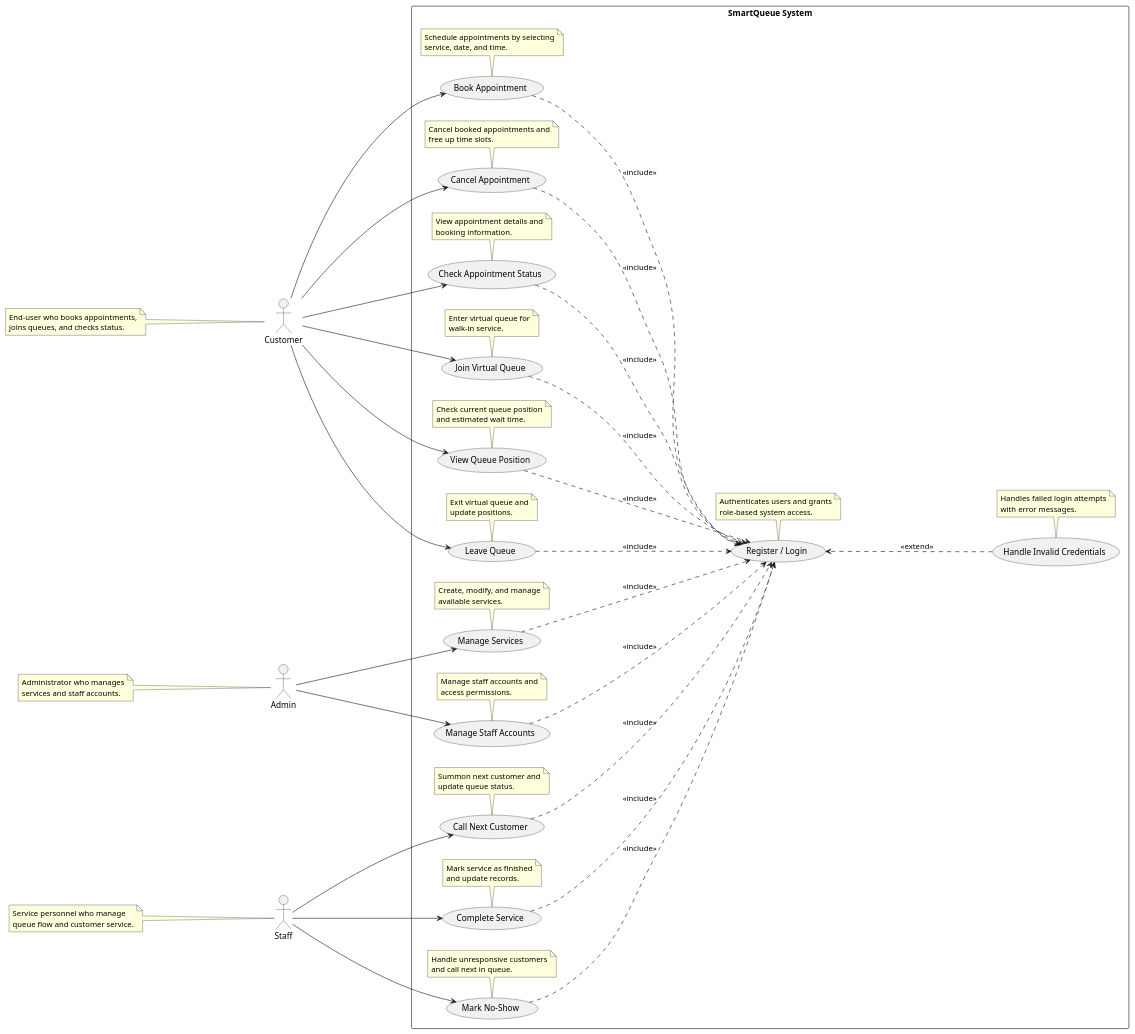
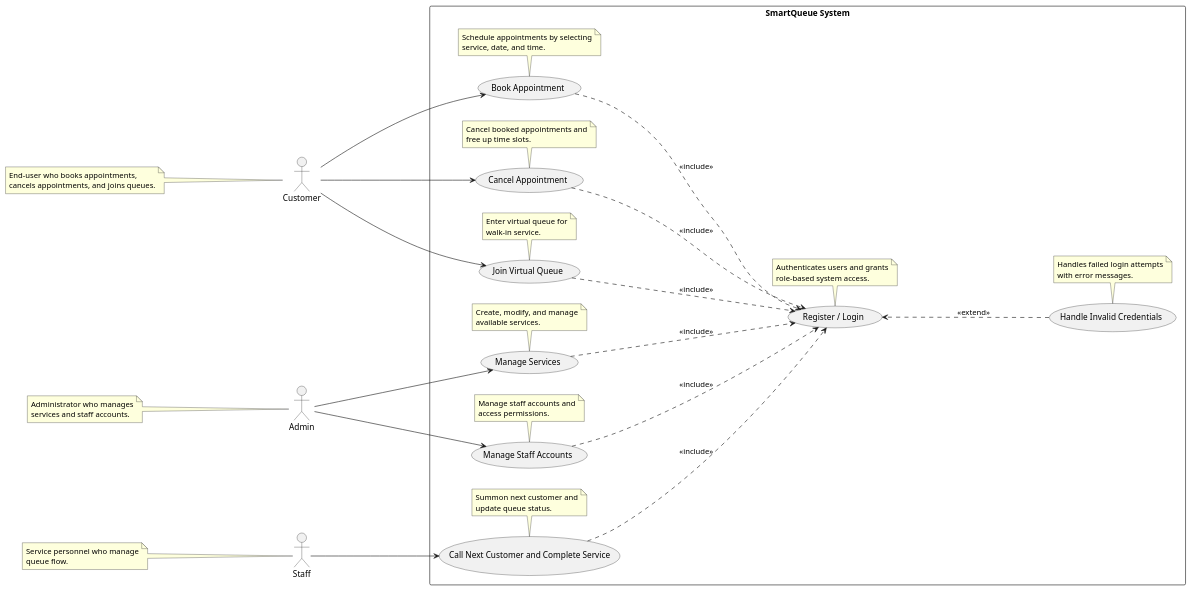
One commit to AvishKaushik/CSCI_6234_Spring_2026_G06 changed the diagram in Requirements/Use Case/UseCaseDiagram.puml. Above: the diagram before and after it, drawn with PlantUML. The commit also changed 32 other files, not shown here.

Commit message:
Adding Robustness diagram

```diff
--- a/Requirements/Use Case/UseCaseDiagram.puml
+++ b/Requirements/Use Case/UseCaseDiagram.puml
@@ -1,143 +1,103 @@
 @startuml
 left to right direction
 skinparam packageStyle rectangle
 skinparam ranksep 200
 
 actor Customer
 actor Admin  
 actor Staff
 
 rectangle "SmartQueue System" {
   (Register / Login) as UC_Login
   (Handle Invalid Credentials) as UC_Invalid
   
   UC_Login -[hidden]right-> UC_Invalid
   
   note bottom of UC_Login
     Authenticates users and grants
     role-based system access.
   end note
   
   note bottom of UC_Invalid
     Handles failed login attempts
     with error messages.
   end note
   
   ' --- Customer Use Cases ---
   (Book Appointment) as UC_Book
   note bottom of UC_Book
     Schedule appointments by selecting
     service, date, and time.
   end note
   
   (Cancel Appointment) as UC_Cancel
   note bottom of UC_Cancel
     Cancel booked appointments and
     free up time slots.
   end note
   
-  (Check Appointment Status) as UC_CheckAppt
-  note bottom of UC_CheckAppt
-    View appointment details and
-    booking information.
-  end note
-  
   (Join Virtual Queue) as UC_JoinQueue
   note bottom of UC_JoinQueue
     Enter virtual queue for
     walk-in service.
   end note
   
-  (View Queue Position) as UC_ViewPos
-  note bottom of UC_ViewPos
-    Check current queue position
-    and estimated wait time.
-  end note
-  
-  (Leave Queue) as UC_LeaveQueue
-  note bottom of UC_LeaveQueue
-    Exit virtual queue and
-    update positions.
-  end note
-  
   ' --- Staff Use Cases ---
-  (Call Next Customer) as UC_CallNext
+  (Call Next Customer and Complete Service) as UC_CallNext
   note bottom of UC_CallNext
     Summon next customer and
     update queue status.
-  end note
-  
-  (Complete Service) as UC_CompleteService
-  note bottom of UC_CompleteService
-    Mark service as finished
-    and update records.
-  end note
-  
-  (Mark No-Show) as UC_NoShow
-  note bottom of UC_NoShow
-    Handle unresponsive customers
-    and call next in queue.
   end note
   
   ' --- Admin Use Cases ---
   (Manage Services) as UC_ManageServices
   note bottom of UC_ManageServices
     Create, modify, and manage
     available services.
   end note
   
   (Manage Staff Accounts) as UC_ManageStaff
   note bottom of UC_ManageStaff
     Manage staff accounts and
     access permissions.
   end note
 }
 
 ' --- Actor Connections ---
 Customer --> UC_Book
 Customer --> UC_Cancel
-Customer --> UC_CheckAppt
 Customer --> UC_JoinQueue
-Customer --> UC_ViewPos
-Customer --> UC_LeaveQueue
 
 Admin --> UC_ManageServices
 Admin --> UC_ManageStaff
 
 Staff --> UC_CallNext
-Staff --> UC_CompleteService
-Staff --> UC_NoShow
 
 ' --- Include Login ---
 UC_Book       ..> UC_Login : <<include>>
 UC_Cancel     ..> UC_Login : <<include>>
-UC_CheckAppt  ..> UC_Login : <<include>>
 UC_JoinQueue  ..> UC_Login : <<include>>
-UC_ViewPos    ..> UC_Login : <<include>>
-UC_LeaveQueue ..> UC_Login : <<include>>
 UC_ManageServices  ..> UC_Login : <<include>>
 UC_ManageStaff     ..> UC_Login : <<include>>
-UC_CompleteService ..> UC_Login : <<include>>
-UC_NoShow ..> UC_Login : <<include>>
 UC_CallNext ..> UC_Login : <<include>>
 
 ' --- Extend ---
-UC_Invalid ..> UC_Login    : <<extend>>
+UC_Invalid ..> UC_Login : <<extend>>
 
 ' ========== ACTOR NOTES ==========
 note left of Customer
   End-user who books appointments,
-  joins queues, and checks status.
+  cancels appointments, and joins queues.
 end note
 
 note left of Admin
   Administrator who manages
   services and staff accounts.
 end note
 
 note left of Staff
   Service personnel who manage
-  queue flow and customer service.
+  queue flow.
 end note
 
 @enduml
```
